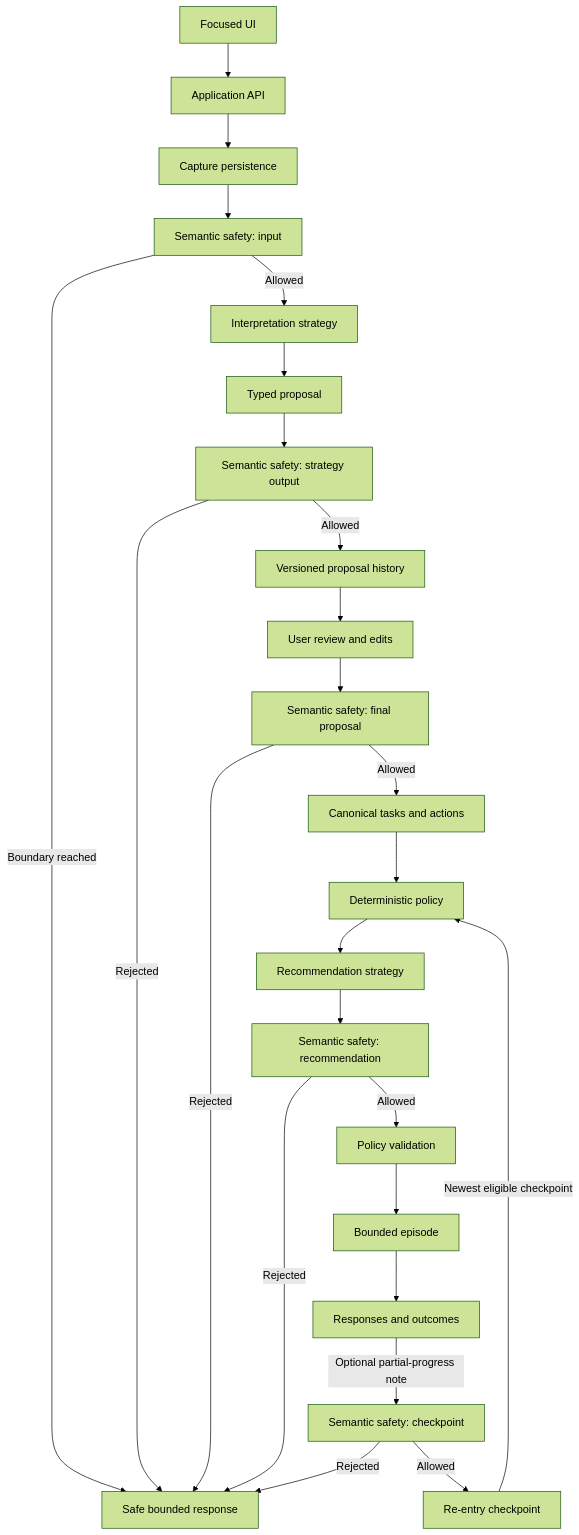
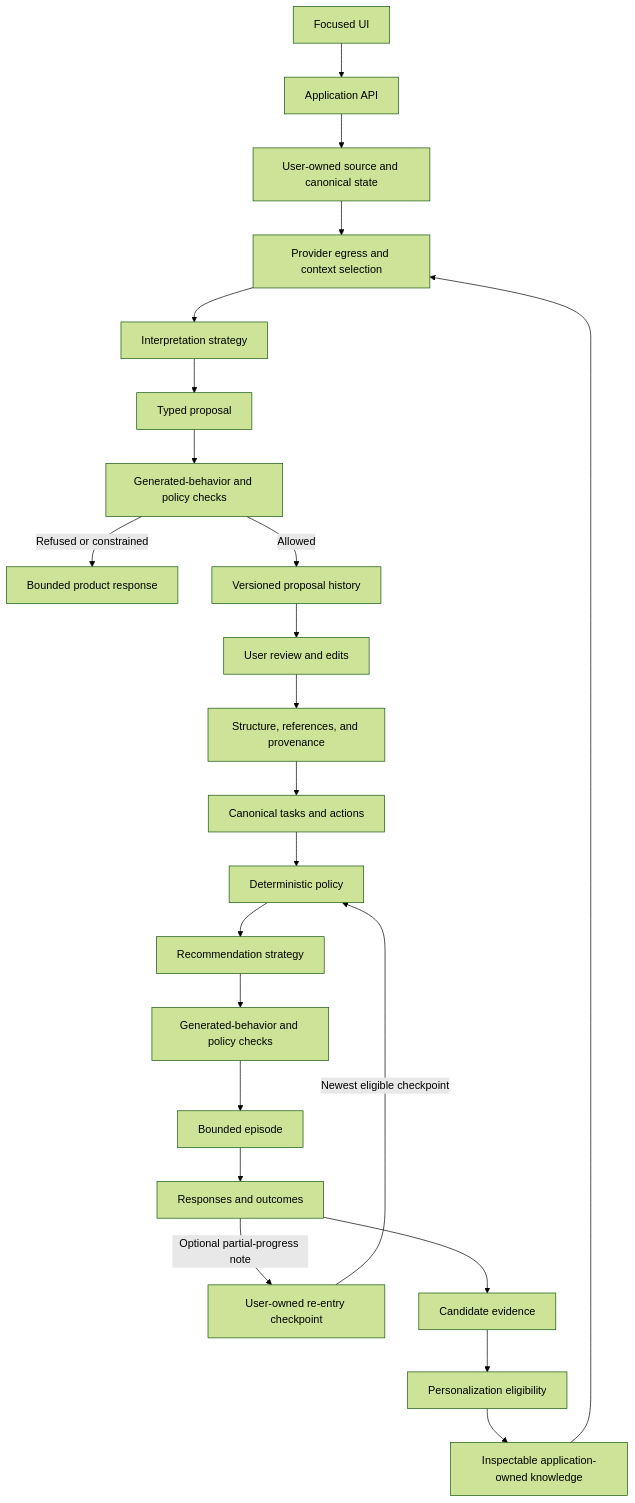
Before and after one commit to rootkow/weavance: the diagram in docs/architecture.md, drawn with Mermaid (forest theme). The commit also changed other lines of this file and 6 other files, not shown here.

````diff
--- a/docs/architecture.md
+++ b/docs/architecture.md
@@ -37,27 +37,25 @@
 ```mermaid
 flowchart TD
     UI["Focused UI"] --> API["Application API"]
-    API --> STORE["Capture persistence"]
-    STORE --> SAFETY_IN["Semantic safety: input"]
-    SAFETY_IN -->|"Allowed"| INTERPRET["Interpretation strategy"]
-    SAFETY_IN -->|"Boundary reached"| SAFE["Safe bounded response"]
+    API --> STORE["User-owned source and canonical state"]
+    STORE --> SELECT["Provider egress and context selection"]
+    SELECT --> INTERPRET["Interpretation strategy"]
     INTERPRET --> PROPOSAL["Typed proposal"]
-    PROPOSAL --> SAFETY_OUT["Semantic safety: strategy output"]
-    SAFETY_OUT -->|"Rejected"| SAFE
-    SAFETY_OUT -->|"Allowed"| HISTORY["Versioned proposal history"]
+    PROPOSAL --> BEHAVIOR["Generated-behavior and policy checks"]
+    BEHAVIOR -->|"Refused or constrained"| BOUNDED["Bounded product response"]
+    BEHAVIOR -->|"Allowed"| HISTORY["Versioned proposal history"]
     HISTORY --> REVIEW["User review and edits"]
-    REVIEW --> SAFETY_FINAL["Semantic safety: final proposal"]
-    SAFETY_FINAL -->|"Rejected"| SAFE
-    SAFETY_FINAL -->|"Allowed"| STATE["Canonical tasks and actions"]
+    REVIEW --> VALIDATE["Structure, references, and provenance"]
+    VALIDATE --> STATE["Canonical tasks and actions"]
     STATE --> POLICY["Deterministic policy"]
     POLICY --> RECOMMEND["Recommendation strategy"]
-    RECOMMEND --> SAFETY_REC["Semantic safety: recommendation"]
-    SAFETY_REC -->|"Rejected"| SAFE
-    SAFETY_REC -->|"Allowed"| VALIDATE["Policy validation"]
-    VALIDATE --> EPISODE["Bounded episode"]
+    RECOMMEND --> REC_CHECK["Generated-behavior and policy checks"]
+    REC_CHECK --> EPISODE["Bounded episode"]
     EPISODE --> EVENTS["Responses and outcomes"]
-    EVENTS -->|"Optional partial-progress note"| SAFETY_REENTRY["Semantic safety: checkpoint"]
-    SAFETY_REENTRY -->|"Rejected"| SAFE
-    SAFETY_REENTRY -->|"Allowed"| REENTRY["Re-entry checkpoint"]
+    EVENTS -->|"Optional partial-progress note"| REENTRY["User-owned re-entry checkpoint"]
     REENTRY -->|"Newest eligible checkpoint"| POLICY
+    EVENTS --> EVIDENCE["Candidate evidence"]
+    EVIDENCE --> ELIGIBILITY["Personalization eligibility"]
+    ELIGIBILITY --> PROFILE["Inspectable application-owned knowledge"]
+    PROFILE --> SELECT
 ```
````
